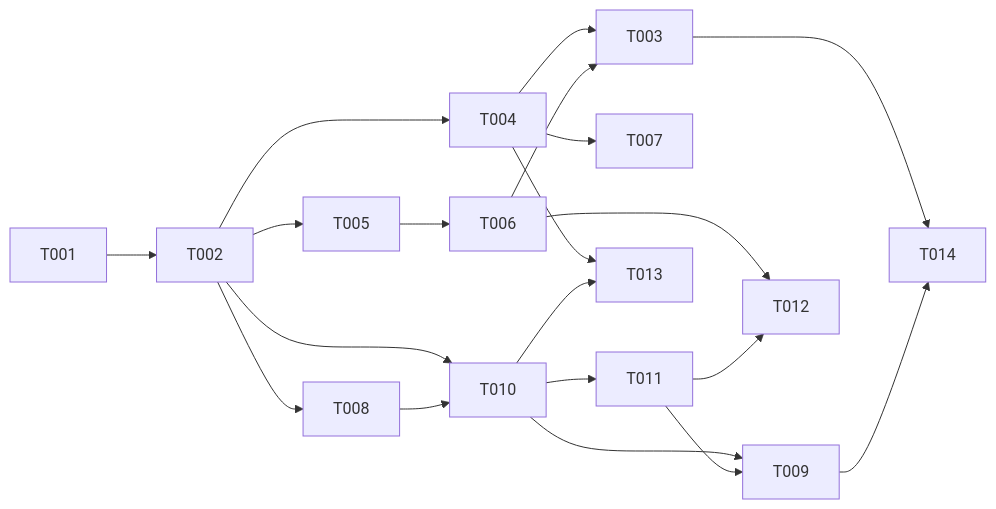
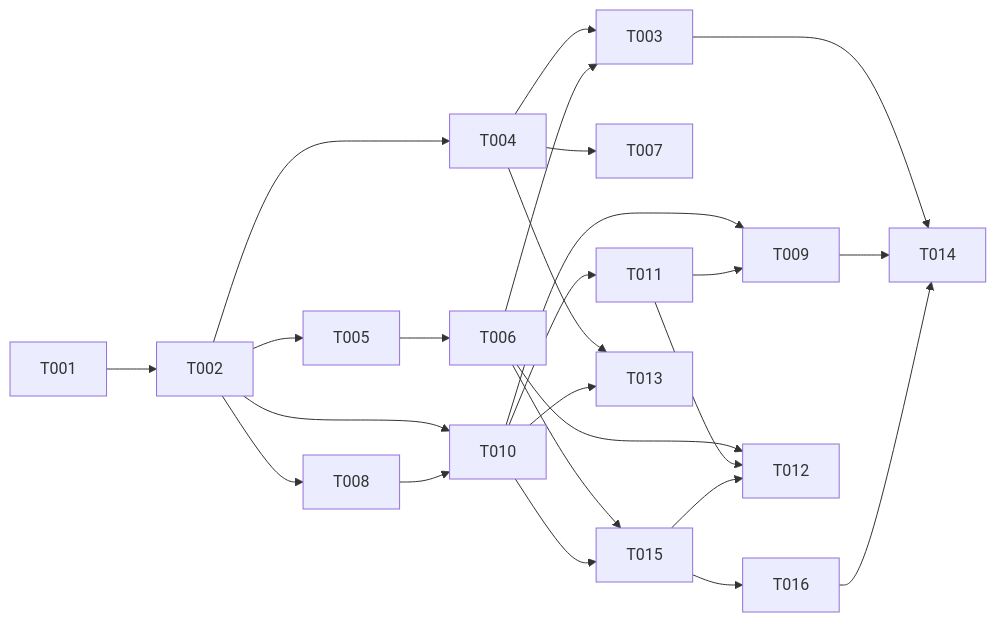
The diagram in specs/013-agentic-runtime-readiness/tasks.md (UnderUndre/undrecreaitwins), drawn with Mermaid before and after one commit. The commit also changed other lines of this file and 11 other files, not shown here.

````diff
--- a/specs/013-agentic-runtime-readiness/tasks.md
+++ b/specs/013-agentic-runtime-readiness/tasks.md
@@ -97,17 +111,19 @@
 ```mermaid
 graph LR
     T001 --> T002
     T002 --> T004
     T002 --> T005
     T002 --> T008
     T002 --> T010
     T005 --> T006
     T004 & T006 --> T003
     T004 --> T007
     T008 --> T010
     T010 --> T011
     T010 & T011 --> T009
-    T006 & T011 --> T012
+    T006 & T010 --> T015
+    T015 --> T016
+    T006 & T011 & T015 --> T012
     T004 & T010 --> T013
-    T003 & T009 --> T014
+    T003 & T009 & T016 --> T014
 ```
````
